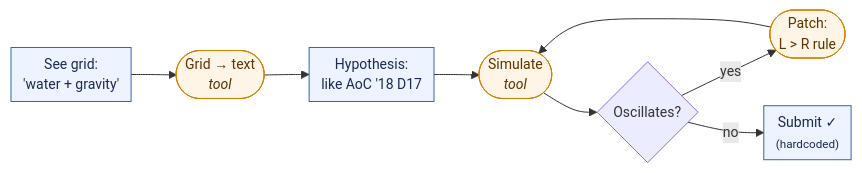
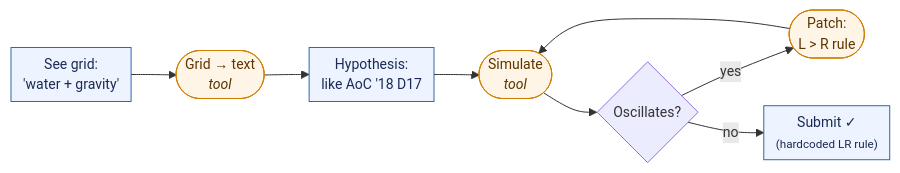
One commit to pivotools/arc-agi-presentation changed the diagram in posts/agentic_coding_arc_agi/presentation.qmd. Above: the diagram before and after it, drawn with Mermaid.

Commit message:
polished diagram

````diff
--- a/posts/agentic_coding_arc_agi/presentation.qmd
+++ b/posts/agentic_coding_arc_agi/presentation.qmd
@@ -567,18 +567,18 @@
 ```{mermaid}
 %%| fig-align: center
 %%| fig-width: 9
 %%{init: {"flowchart": {"curve": "basis", "htmlLabels": true, "nodeSpacing": 30, "rankSpacing": 45, "padding": 6}, "themeVariables": {"fontSize": "14px"}}}%%
 flowchart LR
     A["See grid:<br/>'water + gravity'"] --> B(["Grid &rarr; text<br/><i>tool</i>"])
     B --> C["Hypothesis:<br/>like AoC '18 D17"]
     C --> D(["Simulate<br/><i>tool</i>"])
     D --> E{Oscillates?}
     E -- yes --> F(["Patch:<br/>L &gt; R rule"])
     F --> D
-    E -- no --> G["Submit &check;<br/><small>(hardcoded)</small>"]
+    E -- no --> G["Submit &check;<br/><small>(hardcoded LR rule)</small>"]
 
     classDef think fill:#eef4ff,stroke:#3366aa,color:#1a2a55;
     classDef tool fill:#fff5e6,stroke:#d18000,color:#5c3500;
     class A,C,G think
     class B,D,F tool
 ```
````
